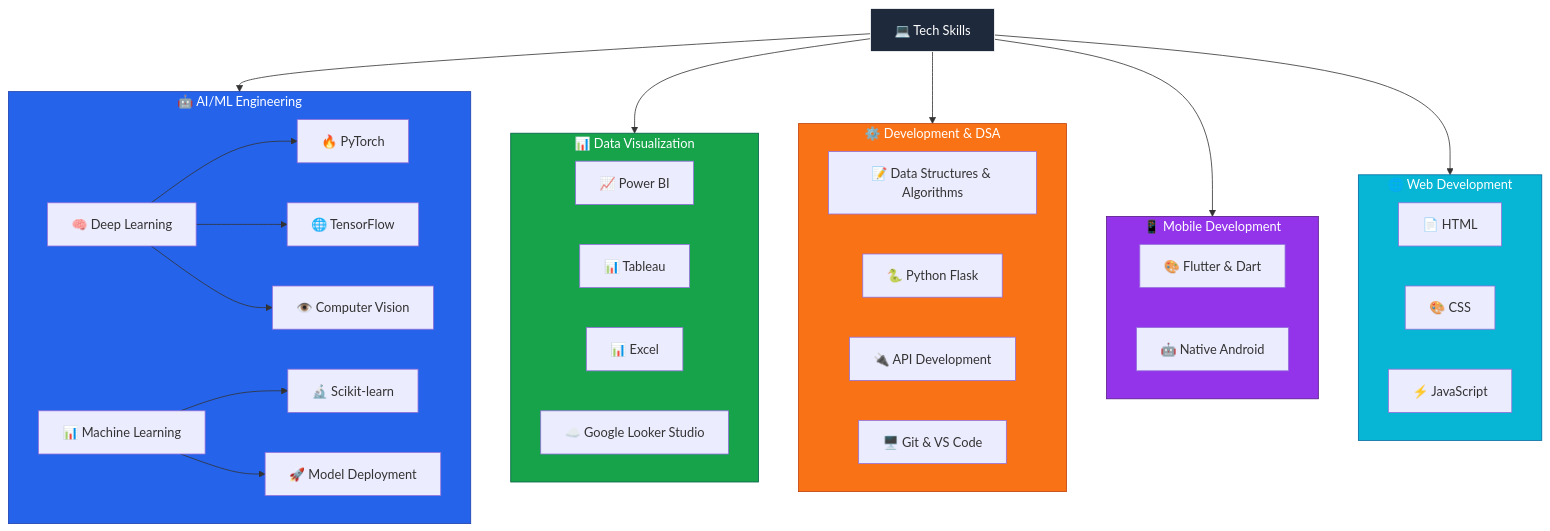
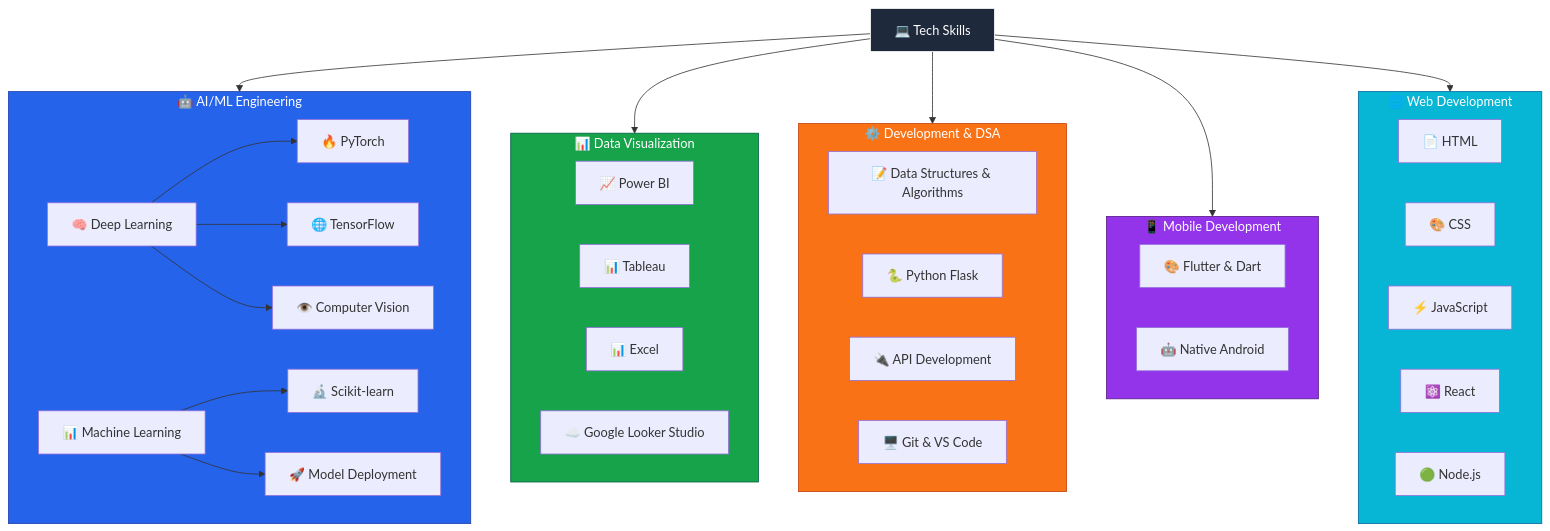
One commit to MangaKaveri/MangaKaveri changed the diagram in README.md. Above: the diagram before and after it, drawn with Mermaid.

Commit message:
README.md

````diff
--- a/README.md
+++ b/README.md
@@ -84,61 +84,63 @@
 ```mermaid
 flowchart TD
   %% Root
   A[💻 Tech Skills]
 
   %% AI/ML Engineering
   subgraph B[🤖 AI/ML Engineering]
     C[🧠 Deep Learning]
     C --> D[🔥 PyTorch]
     C --> E[🌐 TensorFlow]
     C --> F[👁️ Computer Vision]
 
     G[📊 Machine Learning]
     G --> H[🔬 Scikit-learn]
     G --> I[🚀 Model Deployment]
   end
   A --> B
 
   %% Data Visualization
   subgraph J[📊 Data Visualization]
     K[📈 Power BI]
     L[📊 Tableau]
     M[📊 Excel]
     N[☁️ Google Looker Studio]
   end
   A --> J
 
   %% Development & DSA
   subgraph O[⚙️ Development & DSA]
     P[📝 Data Structures & Algorithms]
     Q[🐍 Python Flask]
     R[🔌 API Development]
     S[🖥️ Git & VS Code]
   end
   A --> O
 
   %% Mobile Development
   subgraph T[📱 Mobile Development]
     U[🎨 Flutter & Dart]
     V[🤖 Native Android]
   end
   A --> T
 
   %% Web Development (NEW)
   subgraph W[🌐 Web Development]
     X[📄 HTML]
     Y[🎨 CSS]
     Z[⚡ JavaScript]
+    AA[⚛️ React]
+    AB[🟢 Node.js]
   end
   A --> W
 
   %% --- COLORS ---
   style A fill:#1e293b,stroke:#ffffff,color:#ffffff
 
   style B fill:#2563eb,stroke:#1e40af,color:#ffffff
   style J fill:#16a34a,stroke:#065f46,color:#ffffff
   style O fill:#f97316,stroke:#c2410c,color:#ffffff
   style T fill:#9333ea,stroke:#581c87,color:#ffffff
   style W fill:#06b6d4,stroke:#0369a1,color:#ffffff
 
 ```
````
